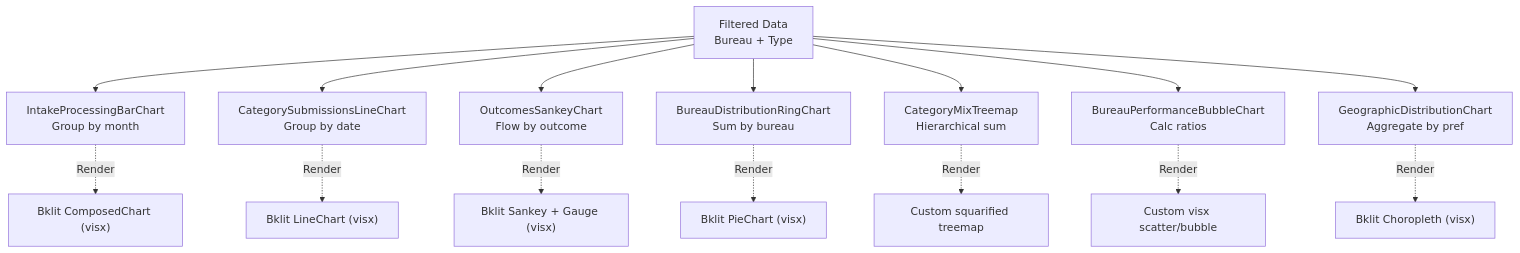
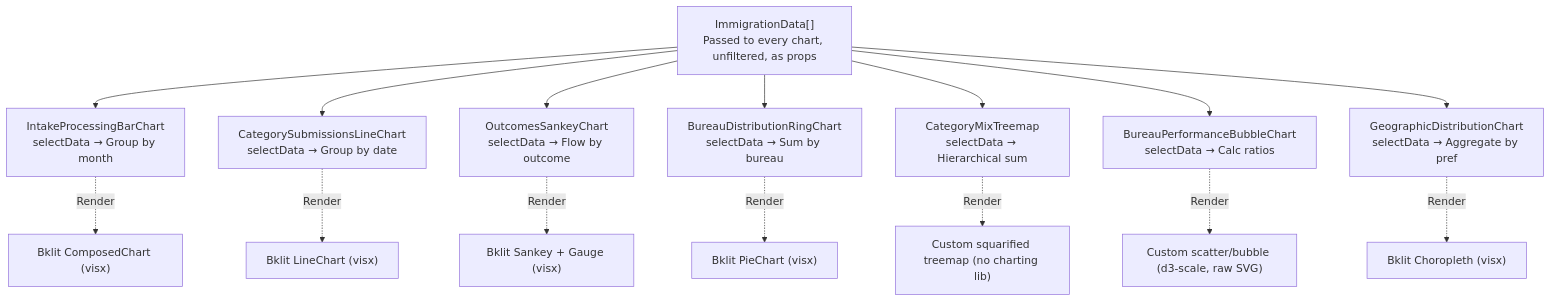
One commit to RetroHazard/JP_Immigration_Dashboard changed the fifth of 16 diagrams in ARCHITECTURE.md. Above: the diagram before and after it, drawn with Mermaid. The commit also changed other lines of this file and 4 other files, not shown here.

````diff
--- a/ARCHITECTURE.md
+++ b/ARCHITECTURE.md
@@ -128,27 +138,27 @@
 ```mermaid
 graph TD
-    FILTERED["Filtered Data<br/>Bureau + Type"]
-    INTAKE["IntakeProcessingBarChart<br/>Group by month"]
-    TYPES["CategorySubmissionsLineChart<br/>Group by date"]
-    OUTCOMES["OutcomesSankeyChart<br/>Flow by outcome"]
-    SHARE["BureauDistributionRingChart<br/>Sum by bureau"]
-    MIX["CategoryMixTreemap<br/>Hierarchical sum"]
-    EFFICIENCY["BureauPerformanceBubbleChart<br/>Calc ratios"]
-    MAP["GeographicDistributionChart<br/>Aggregate by pref"]
+    RAW["ImmigrationData[]<br/>Passed to every chart, unfiltered, as props"]
+    INTAKE["IntakeProcessingBarChart<br/>selectData → Group by month"]
+    TYPES["CategorySubmissionsLineChart<br/>selectData → Group by date"]
+    OUTCOMES["OutcomesSankeyChart<br/>selectData → Flow by outcome"]
+    SHARE["BureauDistributionRingChart<br/>selectData → Sum by bureau"]
+    MIX["CategoryMixTreemap<br/>selectData → Hierarchical sum"]
+    EFFICIENCY["BureauPerformanceBubbleChart<br/>selectData → Calc ratios"]
+    MAP["GeographicDistributionChart<br/>selectData → Aggregate by pref"]
     
-    FILTERED --> INTAKE
-    FILTERED --> TYPES
-    FILTERED --> OUTCOMES
-    FILTERED --> SHARE
-    FILTERED --> MIX
-    FILTERED --> EFFICIENCY
-    FILTERED --> MAP
+    RAW --> INTAKE
+    RAW --> TYPES
+    RAW --> OUTCOMES
+    RAW --> SHARE
+    RAW --> MIX
+    RAW --> EFFICIENCY
+    RAW --> MAP
     
     INTAKE -.->|Render| VIZ1["Bklit ComposedChart (visx)"]
     TYPES -.->|Render| VIZ2["Bklit LineChart (visx)"]
     OUTCOMES -.->|Render| VIZ3["Bklit Sankey + Gauge (visx)"]
     SHARE -.->|Render| VIZ4["Bklit PieChart (visx)"]
-    MIX -.->|Render| VIZ5["Custom squarified treemap"]
-    EFFICIENCY -.->|Render| VIZ6["Custom visx scatter/bubble"]
+    MIX -.->|Render| VIZ5["Custom squarified treemap (no charting lib)"]
+    EFFICIENCY -.->|Render| VIZ6["Custom scatter/bubble (d3-scale, raw SVG)"]
     MAP -.->|Render| VIZ7["Bklit Choropleth (visx)"]
 ```
````
